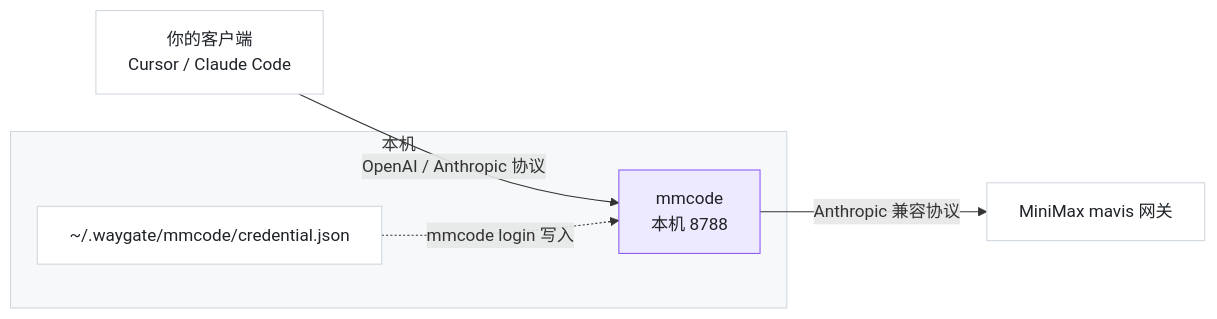
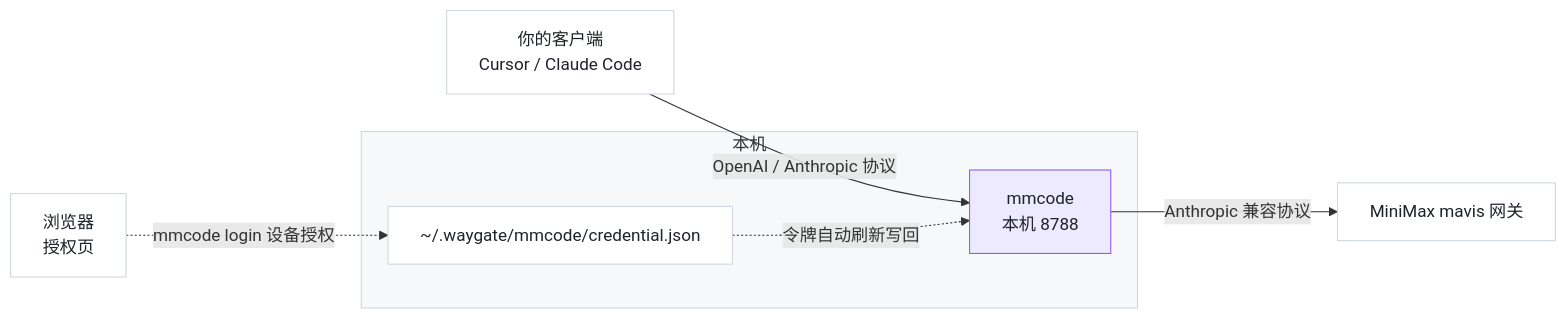
Before and after one commit to zhanghaojie513/waygate-mmcode: the diagram in README.md, drawn with Mermaid. The commit also changed other lines of this file and 9 other files, not shown here.

````diff
--- a/README.md
+++ b/README.md
@@ -145,21 +167,24 @@
 ```mermaid
 flowchart LR
   C[你的客户端<br/>Cursor / Claude Code]
   M[mmcode<br/>本机 8788]
   G[MiniMax mavis 网关]
+  B[浏览器<br/>授权页]
 
   C -->|OpenAI / Anthropic 协议| M
   M -->|Anthropic 兼容协议| G
 
   subgraph local [本机]
     M
     F[~/.waygate/mmcode/credential.json]
   end
-  F -.->|mmcode login 写入| M
+  B -.->|mmcode login 设备授权| F
+  F -.->|令牌自动刷新写回| M
 
   style M fill:#EDE9FE,stroke:#8B5CF6,color:#1F2328
   style F fill:#FFFFFF,stroke:#D0D7DE,color:#1F2328
   style C fill:#FFFFFF,stroke:#D0D7DE,color:#1F2328
   style G fill:#FFFFFF,stroke:#D0D7DE,color:#1F2328
+  style B fill:#FFFFFF,stroke:#D0D7DE,color:#1F2328
   style local fill:#F6F8FA,stroke:#D0D7DE
 ```
````
